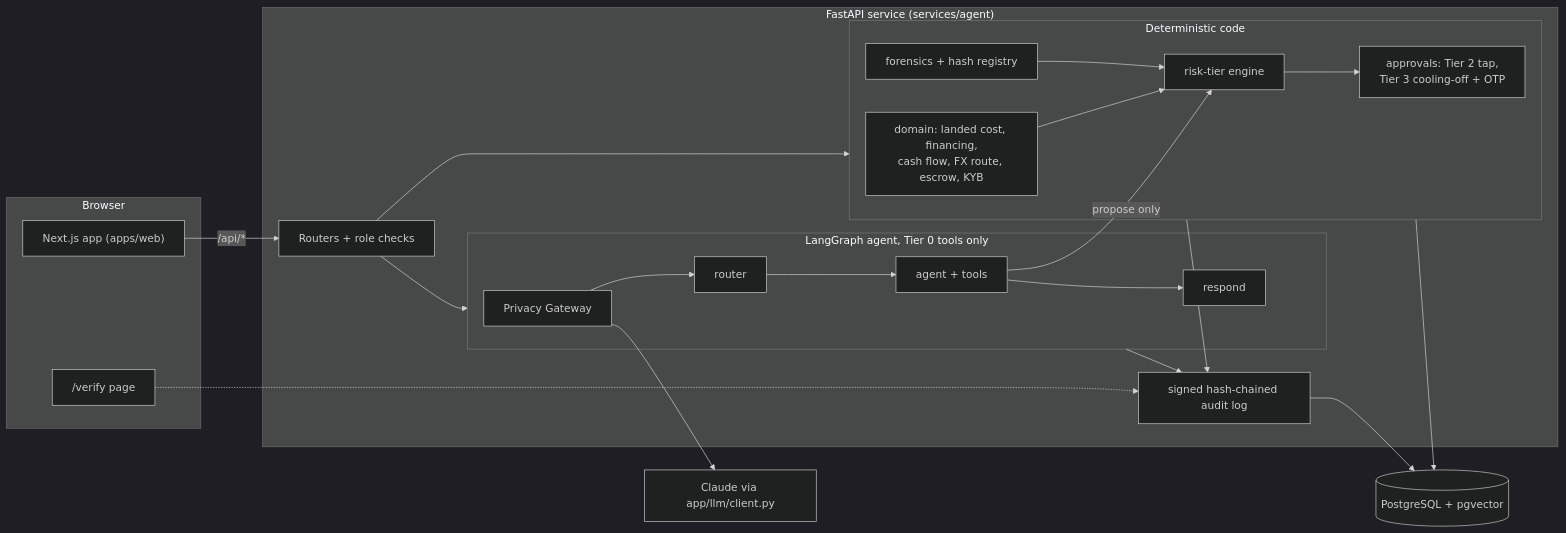
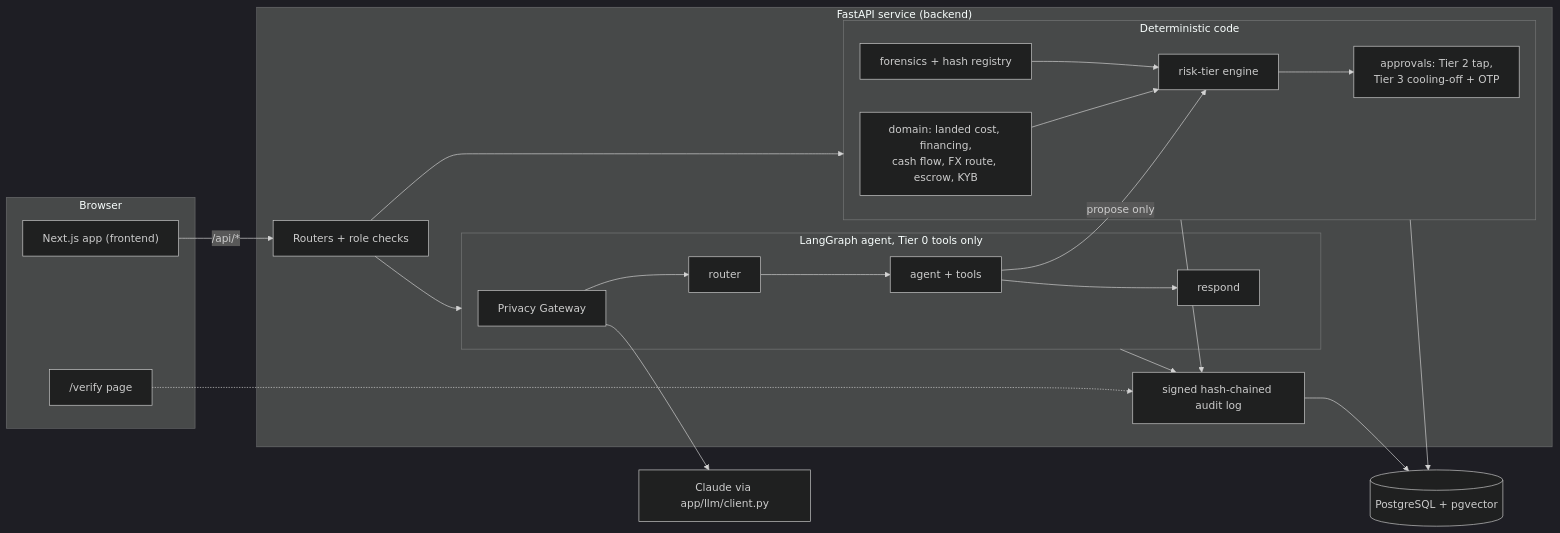
Before and after one commit to Ebratul/Setu: the diagram in docs/submission/TECHNICAL_DOCUMENTATION.md, drawn with Mermaid (dark theme). The commit also changed other lines of this file and 1032 other files, not shown here.

First line of the commit message:
chore(deploy): split repo into frontend/, backend/ and rag_agent/

````diff
--- a/docs/submission/TECHNICAL_DOCUMENTATION.md
+++ b/docs/submission/TECHNICAL_DOCUMENTATION.md
@@ -34,35 +34,35 @@
 ```mermaid
 flowchart LR
   subgraph Browser["Browser"]
-    WEB["Next.js app (apps/web)"]
+    WEB["Next.js app (frontend)"]
     VER["/verify page"]
   end
-  subgraph API["FastAPI service (services/agent)"]
+  subgraph API["FastAPI service (backend)"]
     ROUTERS["Routers + role checks"]
     subgraph AGENT["LangGraph agent, Tier 0 tools only"]
       PG["Privacy Gateway"] --> RT["router"] --> AG["agent + tools"] --> RS["respond"]
     end
     subgraph CODE["Deterministic code"]
       DOM["domain: landed cost, financing,<br/>cash flow, FX route, escrow, KYB"]
       FOR["forensics + hash registry"]
       RISK["risk-tier engine"]
       APPR["approvals: Tier 2 tap,<br/>Tier 3 cooling-off + OTP"]
     end
     AUD["signed hash-chained audit log"]
   end
   DB[("PostgreSQL + pgvector")]
   LLM["Claude via app/llm/client.py"]
   WEB -->|"/api/*"| ROUTERS
   ROUTERS --> AGENT
   ROUTERS --> CODE
   PG --> LLM
   AG -->|"propose only"| RISK
   FOR --> RISK
   DOM --> RISK
   RISK --> APPR
   CODE --> DB
   AGENT --> AUD
   CODE --> AUD
   AUD --> DB
   VER -.-> AUD
 ```
````
